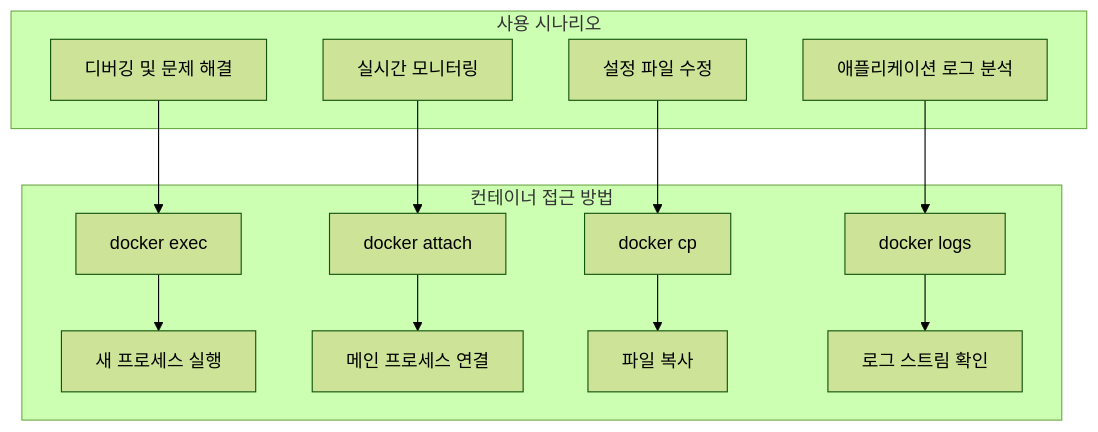
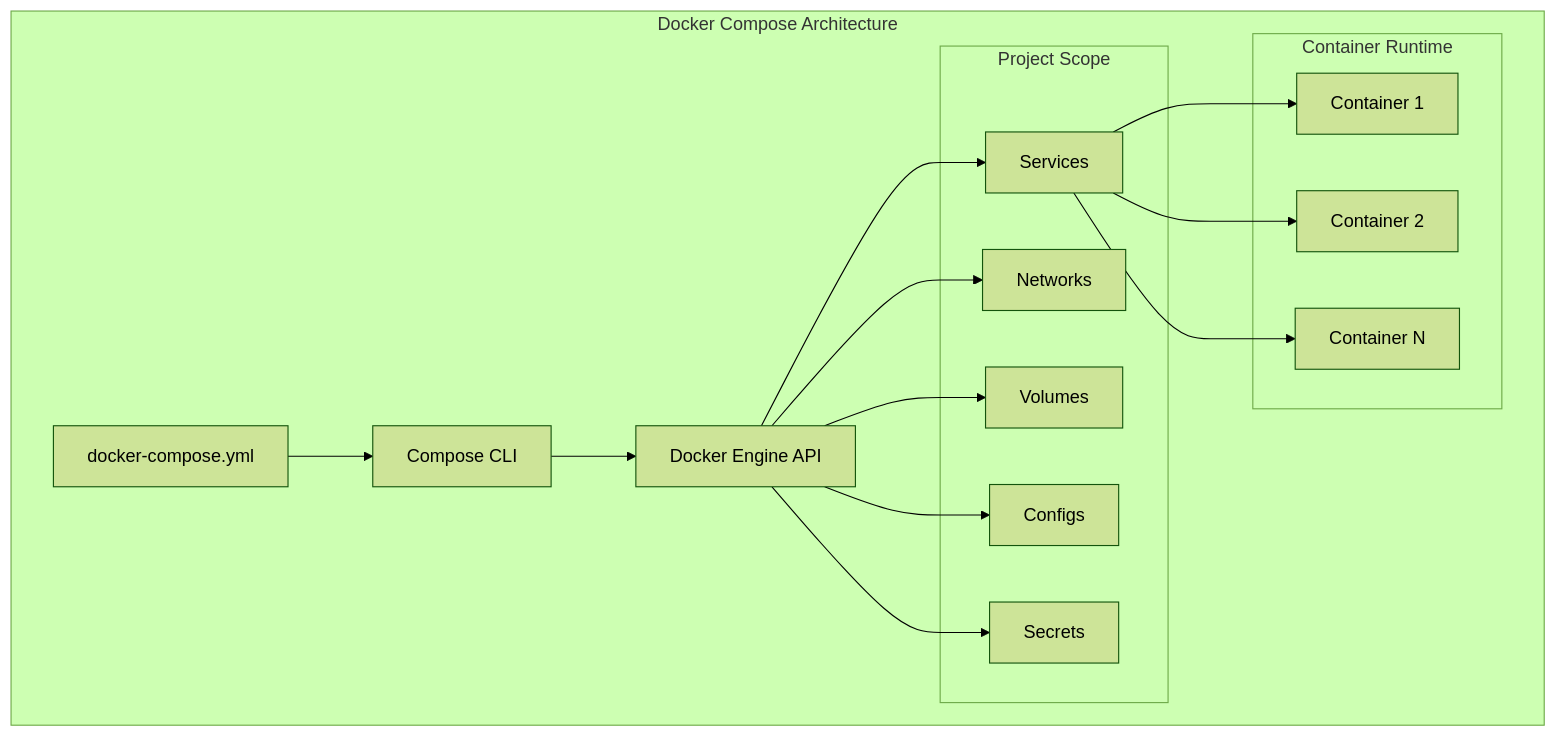
The first of 2 diagrams in week_02/day_01/session_06.md (niceguy61/kdt_devops_lecture_2025), drawn with Mermaid (forest theme) before and after one commit. The commit also changed other lines of this file and 41 other files, not shown here.

````diff
--- a/week_02/day_01/session_06.md
+++ b/week_02/day_01/session_06.md
@@ -15,16 +15,31 @@
 ```mermaid
 graph TB
-    subgraph "컨테이너 접근 방법"
-        A[docker exec] --> B[새 프로세스 실행]
-        C[docker attach] --> D[메인 프로세스 연결]
-        E[docker cp] --> F[파일 복사]
-        G[docker logs] --> H[로그 스트림 확인]
-    end
-    
-    subgraph "사용 시나리오"
-        I[디버깅 및 문제 해결] --> A
-        J[실시간 모니터링] --> C
-        K[설정 파일 수정] --> E
-        L[애플리케이션 로그 분석] --> G
+    subgraph "Docker Compose Architecture"
+        A[docker-compose.yml] --> B[Compose CLI]
+        B --> C[Docker Engine API]
+        
+        subgraph "Project Scope"
+            D[Services]
+            E[Networks]
+            F[Volumes]
+            G[Configs]
+            H[Secrets]
+        end
+        
+        C --> D
+        C --> E
+        C --> F
+        C --> G
+        C --> H
+        
+        subgraph "Container Runtime"
+            I[Container 1]
+            J[Container 2]
+            K[Container N]
+        end
+        
+        D --> I
+        D --> J
+        D --> K
     end
 ```
````
